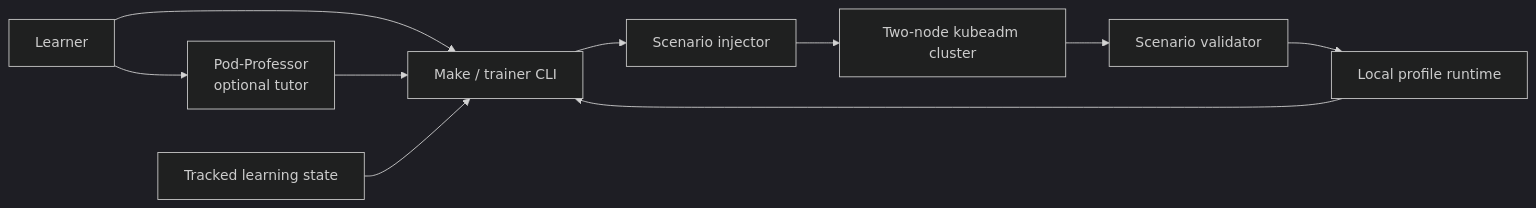
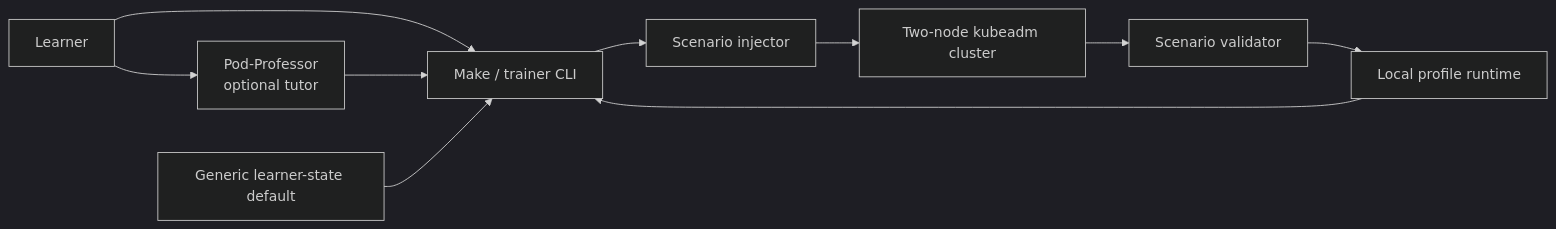
The first of 2 diagrams in docs/ARCHITECTURE.md (ffworker/cka-lab), drawn with Mermaid (dark theme) before and after one commit. The commit also changed other lines of this file and 5 other files, not shown here.

````diff
--- a/docs/ARCHITECTURE.md
+++ b/docs/ARCHITECTURE.md
@@ -5,12 +5,12 @@
 ```mermaid
 flowchart LR
     L["Learner"] --> P["Pod-Professor\noptional tutor"]
     L --> C["Make / trainer CLI"]
     P --> C
-    S["Tracked learning state"] --> C
+    S["Generic learner-state default"] --> C
     C --> M["Scenario injector"]
     M --> K["Two-node kubeadm cluster"]
     K --> V["Scenario validator"]
     V --> R["Local profile runtime"]
     R --> C
 ```
````
